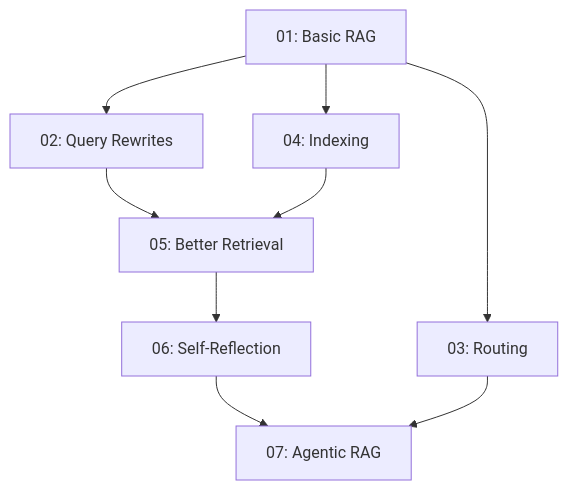
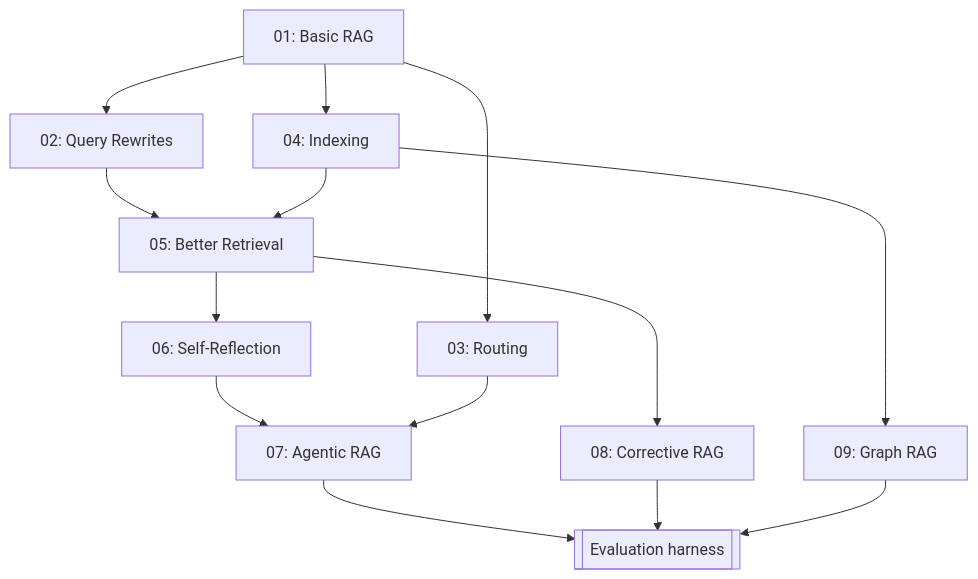
One commit to Suhaila-Samir-El-behairy/rag-basic-to-agentic changed the first of 2 diagrams in README.md. Above: the diagram before and after it, drawn with Mermaid. The commit also changed other lines of this file, not shown here.

First line of the commit message:
Rewrite README: evaluation section, accurate technique claims

````diff
--- a/README.md
+++ b/README.md
@@ -55,11 +57,16 @@
 ```mermaid
 flowchart TB
     A[01: Basic RAG] --> B[02: Query Rewrites]
     A --> C[04: Indexing]
     B --> D[05: Better Retrieval]
     C --> D
     D --> E[06: Self-Reflection]
+    D --> H[08: Corrective RAG]
     E --> F[07: Agentic RAG]
     A --> G[03: Routing]
     G --> F
+    C --> I[09: Graph RAG]
+    F --> J[[Evaluation harness]]
+    H --> J
+    I --> J
 ```
````
